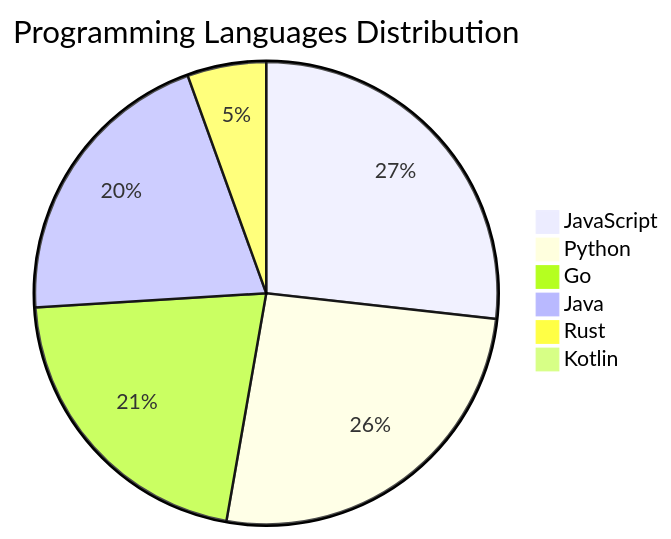
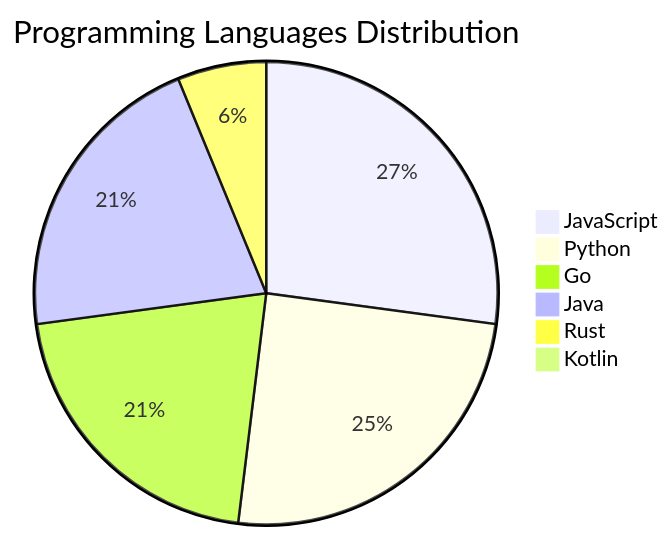
One commit to Derrick-MUGISHA/github-activity-bot changed the diagram in README.md. Above: the diagram before and after it, drawn with Mermaid. The commit also changed other lines of this file and 4 other files, not shown here.

````diff
--- a/README.md
+++ b/README.md
@@ -206,9 +206,9 @@
 ```mermaid
 pie title Programming Languages Distribution
-    "JavaScript" : 34
-    "Python" : 33
+    "JavaScript" : 35
+    "Python" : 32
     "Go" : 27
-    "Java" : 26
-    "Rust" : 7
+    "Java" : 27
+    "Rust" : 8
     "Kotlin" : 1
 ```
````
